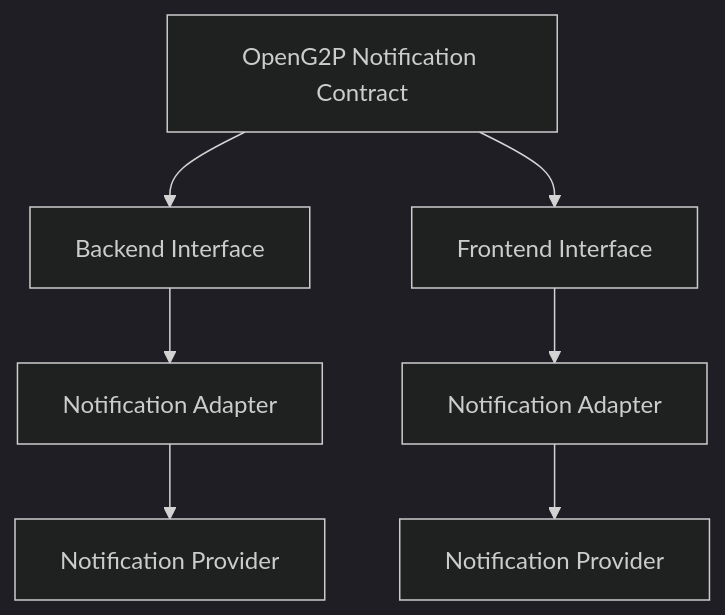
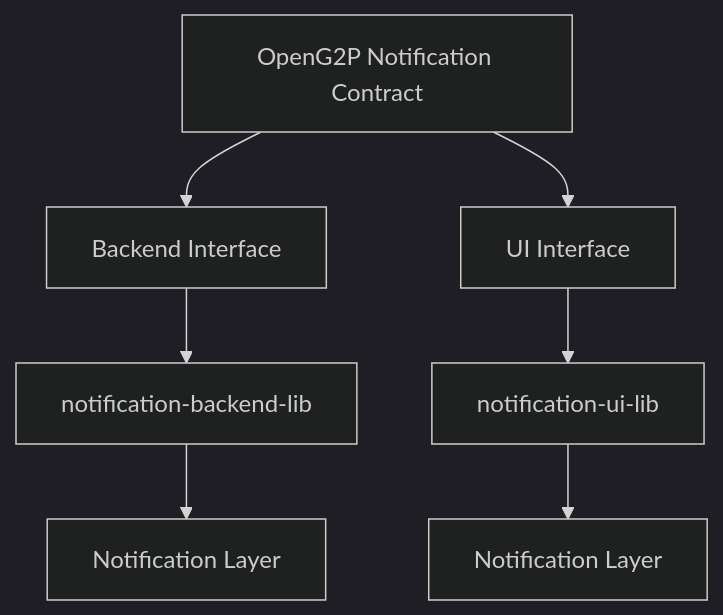
One commit to OpenG2P/openg2p-documentation changed the second of 9 diagrams in platform/platform-services/notification/notification-architecture.md. Above: the diagram before and after it, drawn with Mermaid (dark theme). The commit also changed other lines of this file and 1 other file, not shown here.

Commit message:
G2P-5694 refactor: notification architecture design documentation

````diff
--- a/platform/platform-services/notification/notification-architecture.md
+++ b/platform/platform-services/notification/notification-architecture.md
@@ -73,13 +71,13 @@
 ```mermaid
 flowchart TB
     Contract["OpenG2P Notification Contract"]
 
     Contract --> BackendIface["Backend Interface"]
-    Contract --> FrontendIface["Frontend Interface"]
+    Contract --> UIIface["UI Interface"]
 
-    BackendIface --> BackendAdapter["Notification Adapter"]
-    FrontendIface --> FrontendAdapter["Notification Adapter"]
+    BackendIface --> BackendLib["notification-backend-lib"]
+    UIIface --> UILib["notification-ui-lib"]
 
-    BackendAdapter --> BackendProvider["Notification Provider"]
-    FrontendAdapter --> FrontendProvider["Notification Provider"]
+    BackendLib --> BackendLayer["Notification Layer"]
+    UILib --> UILayer["Notification Layer"]
 ```
````
